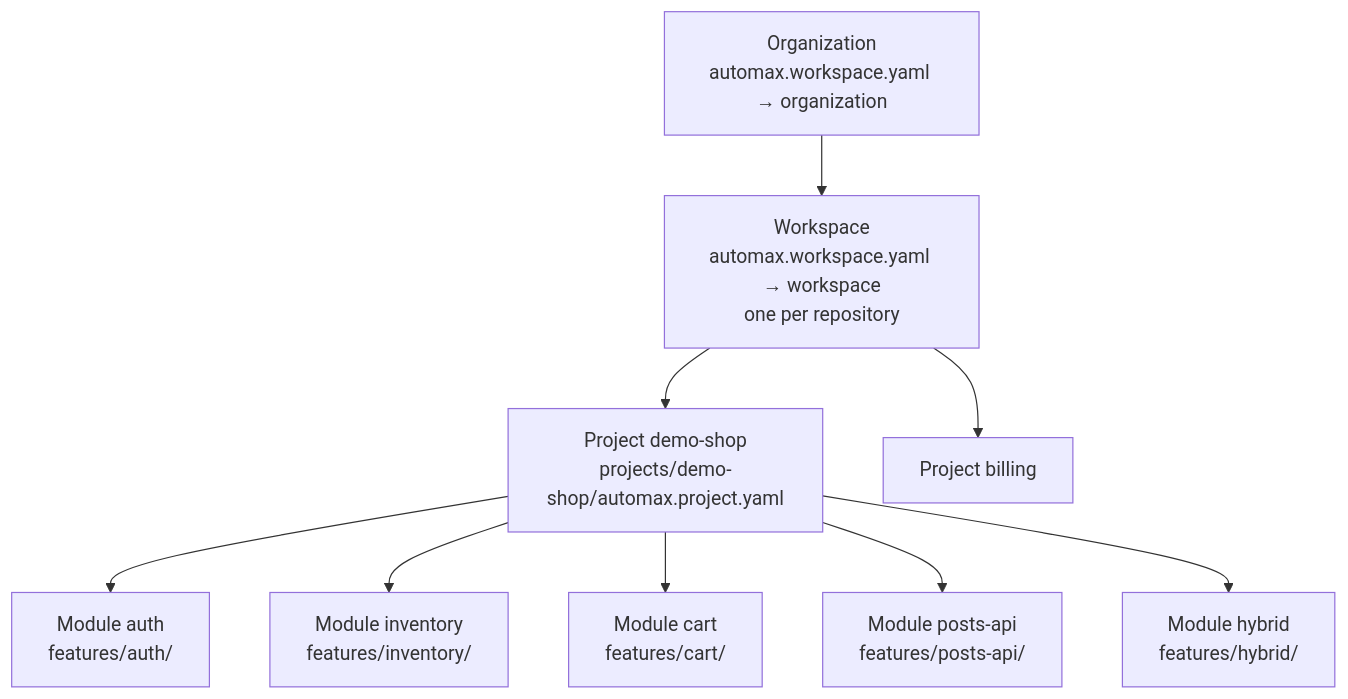
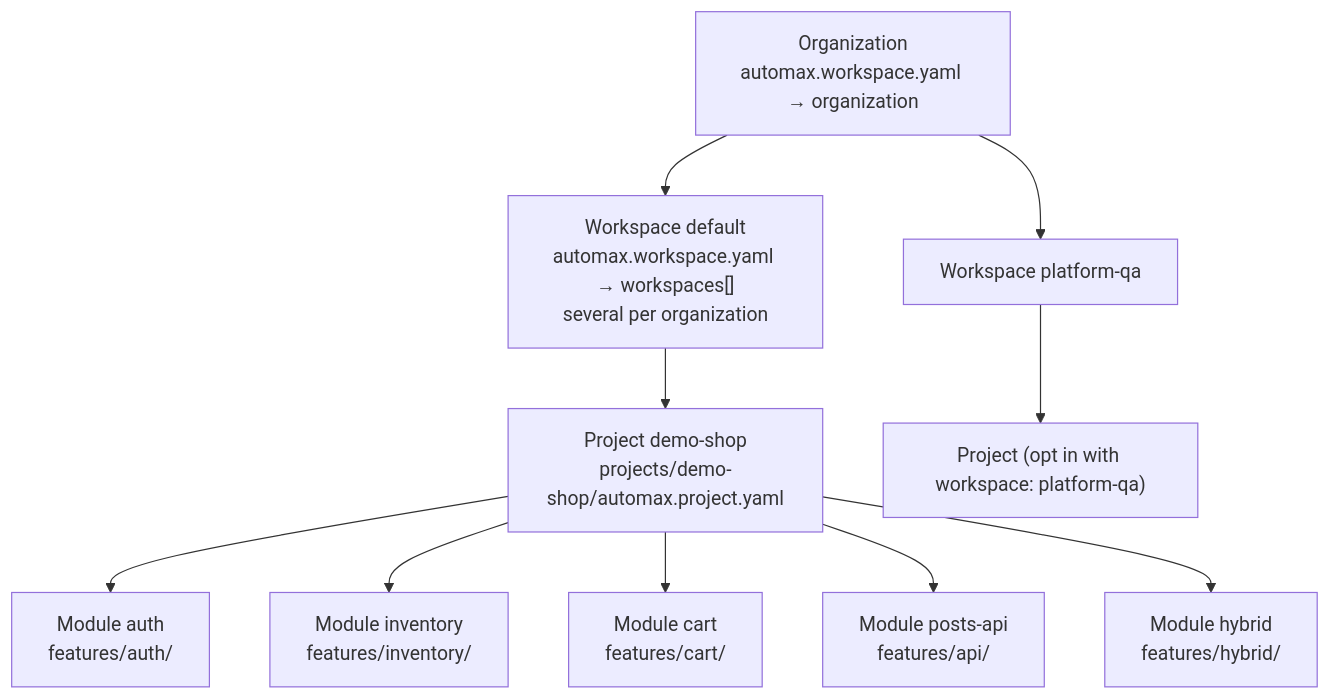
The diagram in apps/docs/content/docs/guides/organizations-workspaces-modules.mdx (YarlisAISolutions/SDODS), drawn with Mermaid before and after one commit. The commit also changed other lines of this file and 59 other files, not shown here.

````diff
--- a/apps/docs/content/docs/guides/organizations-workspaces-modules.mdx
+++ b/apps/docs/content/docs/guides/organizations-workspaces-modules.mdx
@@ -13,11 +13,12 @@
 ```mermaid
 flowchart TB
-  O["Organization<br/>automax.workspace.yaml → organization"] --> W["Workspace<br/>automax.workspace.yaml → workspace<br/>one per repository"]
+  O["Organization<br/>automax.workspace.yaml → organization"] --> W["Workspace default<br/>automax.workspace.yaml → workspaces[]<br/>several per organization"]
   W --> P1["Project demo-shop<br/>projects/demo-shop/automax.project.yaml"]
-  W --> P2["Project billing"]
+  O --> W2["Workspace platform-qa"]
+  W2 --> P2["Project (opt in with workspace: platform-qa)"]
   P1 --> M1["Module auth<br/>features/auth/"]
   P1 --> M2["Module inventory<br/>features/inventory/"]
   P1 --> M3["Module cart<br/>features/cart/"]
-  P1 --> M4["Module posts-api<br/>features/posts-api/"]
+  P1 --> M4["Module posts-api<br/>features/api/"]
   P1 --> M5["Module hybrid<br/>features/hybrid/"]
 ```
````
